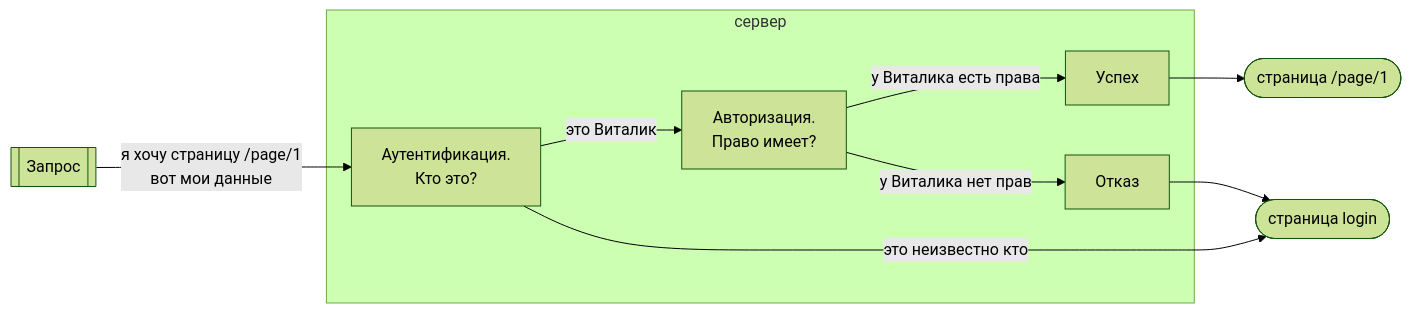
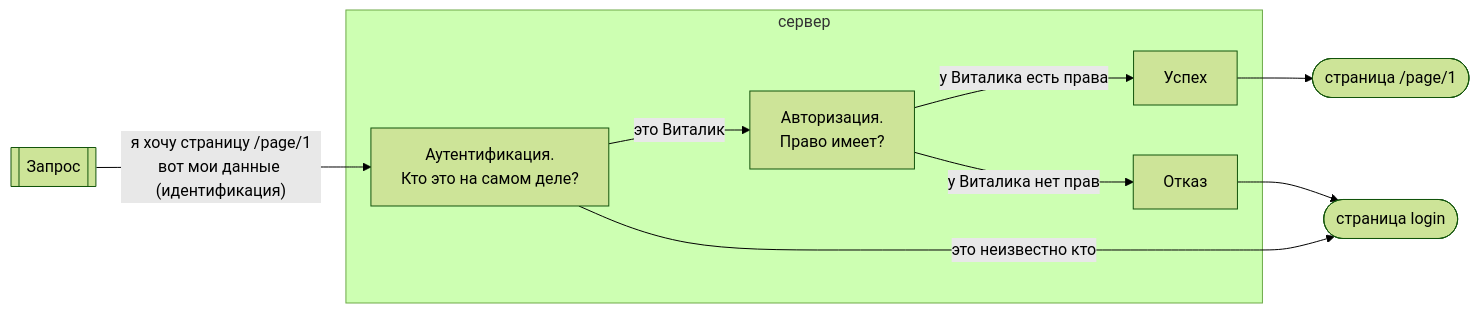
Before and after one commit to enkryptor/papers: the first of 6 diagrams in jwt-sso-authorization/README.md, drawn with Mermaid (forest theme). The commit also changed other lines of this file, not shown here.

````diff
--- a/jwt-sso-authorization/README.md
+++ b/jwt-sso-authorization/README.md
@@ -18,18 +21,18 @@
 ```mermaid
 flowchart LR
 
-req[[Запрос]]-->|я хочу страницу /page/1<br>вот мои данные|auth[Аутентификация.<br>Кто это?]
+req[[Запрос]]-->|"я хочу страницу /page/1<br>вот мои данные (идентификация)"|auth[Аутентификация.<br>Кто это на самом деле?]
 
 subgraph сервер
 
 auth-->|это Виталик|permit[Авторизация.<br>Право имеет?]
 
 permit-->|у Виталика есть права|Успех
 permit-->|у Виталика нет прав|Отказ
 
 end
 
 auth-->|это неизвестно кто|login([страница login])
 Успех-->page([страница /page/1])
 Отказ-->login
 ```
````
